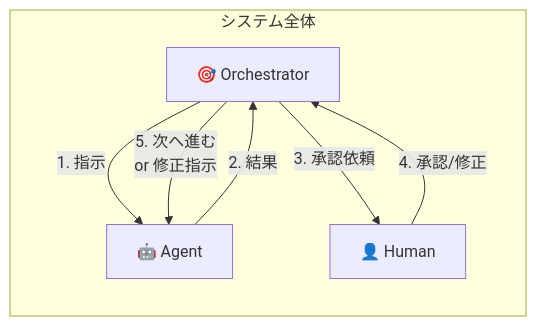
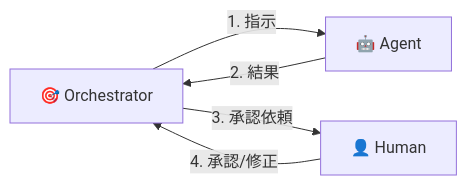
One commit to new-sankaku/toybox changed the first of 15 diagrams in langgraph/ARCHITECTURE.md. Above: the diagram before and after it, drawn with Mermaid. The commit also changed other lines of this file, not shown here.

Commit message:
Refactor system overview: combine Mermaid, ASCII art, and text for clarity

````diff
--- a/langgraph/ARCHITECTURE.md
+++ b/langgraph/ARCHITECTURE.md
@@ -102,12 +27,8 @@
 ```mermaid
 flowchart LR
-    subgraph System["システム全体"]
-        Orch["🎯 Orchestrator"]
-
-        Orch -->|"1. 指示"| Agent["🤖 Agent"]
-        Agent -->|"2. 結果"| Orch
-        Orch -->|"3. 承認依頼"| Human["👤 Human"]
-        Human -->|"4. 承認/修正"| Orch
-        Orch -->|"5. 次へ進む<br/>or 修正指示"| Agent
-    end
+    Orch["🎯 Orchestrator"]
+    Orch -->|"1. 指示"| Agent["🤖 Agent"]
+    Agent -->|"2. 結果"| Orch
+    Orch -->|"3. 承認依頼"| Human["👤 Human"]
+    Human -->|"4. 承認/修正"| Orch
 ```
````
